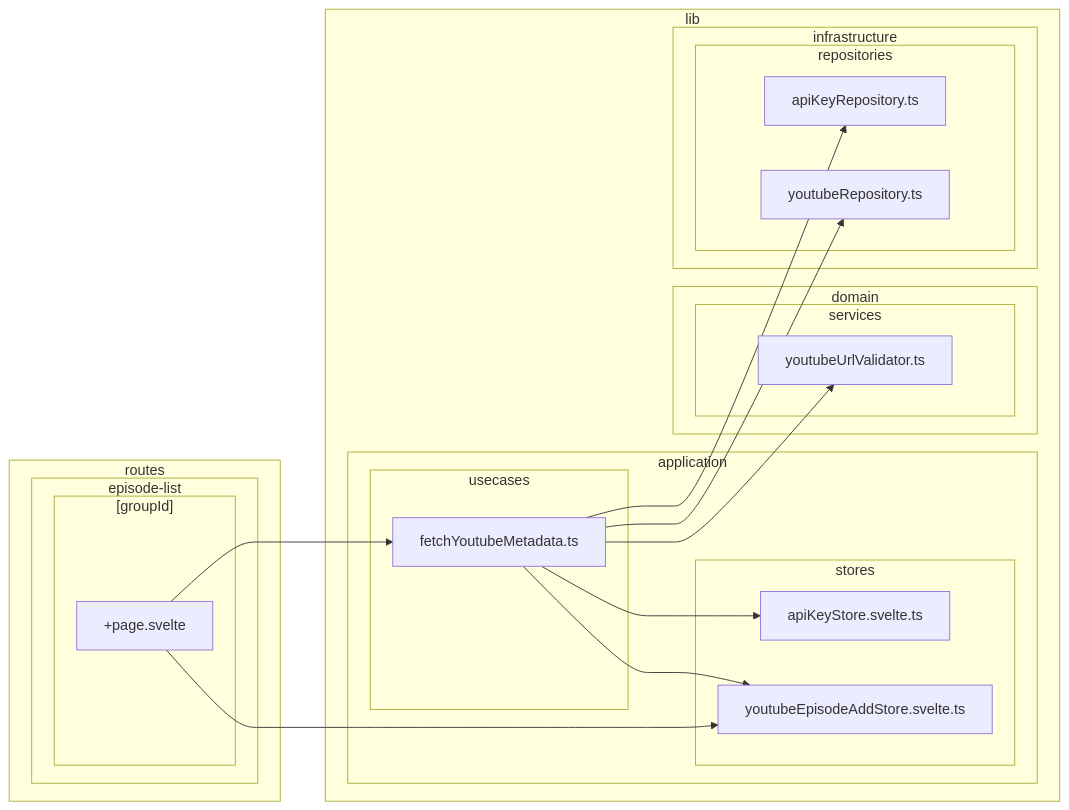
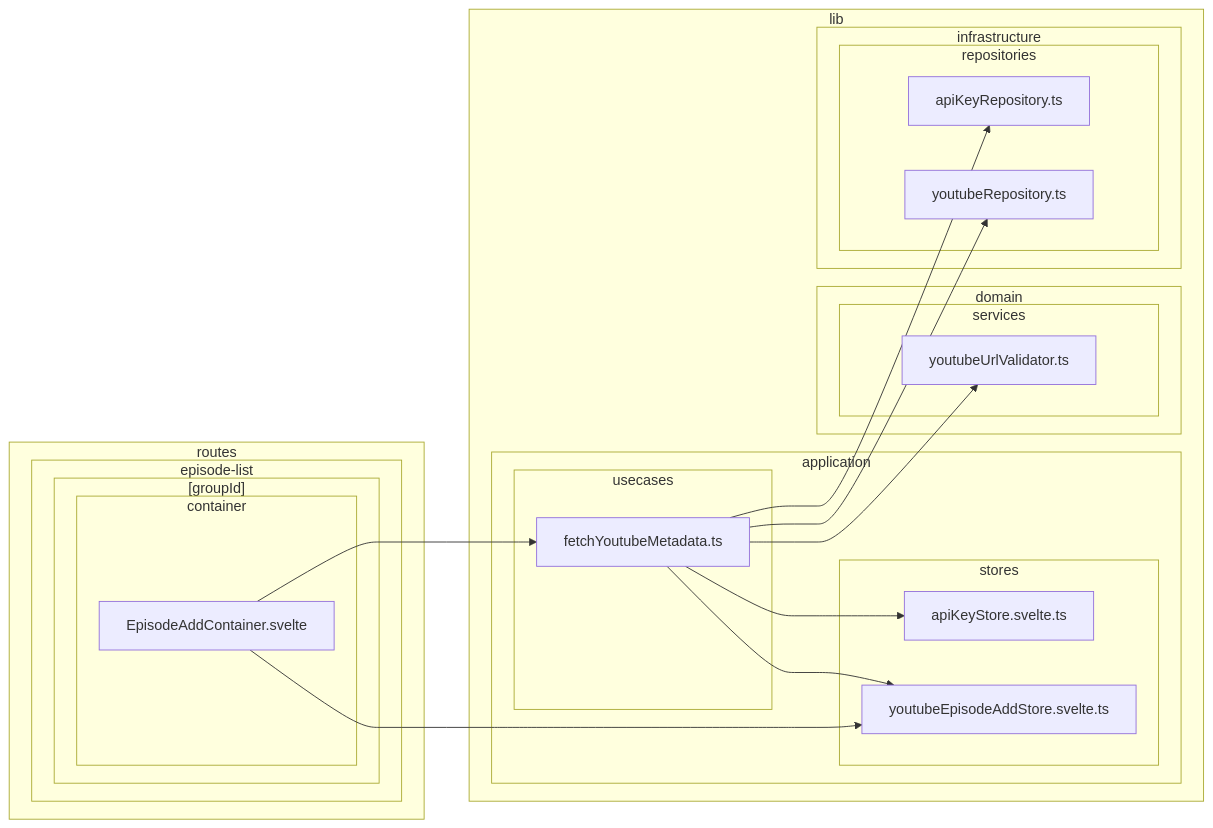
Before and after one commit to k5n/kotonoha: diagram 22 of 38 in doc/dependency-graph.md, drawn with Mermaid. The commit also changed other lines of this file, not shown here.

Commit message:
doc: Update dependency-graph

````diff
--- a/doc/dependency-graph.md
+++ b/doc/dependency-graph.md
@@ -1004,39 +1022,41 @@
 ```mermaid
 graph LR
         subgraph sg_lib ["lib"]
             subgraph sg_lib_application ["application"]
                 subgraph sg_lib_application_stores ["stores"]
                     src_lib_application_stores_apiKeyStore_svelte_ts["apiKeyStore.svelte.ts"]
                     src_lib_application_stores_youtubeEpisodeAddStore_svelte_ts["youtubeEpisodeAddStore.svelte.ts"]
                 end
                 subgraph sg_lib_application_usecases ["usecases"]
                     src_lib_application_usecases_fetchYoutubeMetadata_ts["fetchYoutubeMetadata.ts"]
                 end
             end
             subgraph sg_lib_domain ["domain"]
                 subgraph sg_lib_domain_services ["services"]
                     src_lib_domain_services_youtubeUrlValidator_ts["youtubeUrlValidator.ts"]
                 end
             end
             subgraph sg_lib_infrastructure ["infrastructure"]
                 subgraph sg_lib_infrastructure_repositories ["repositories"]
                     src_lib_infrastructure_repositories_apiKeyRepository_ts["apiKeyRepository.ts"]
                     src_lib_infrastructure_repositories_youtubeRepository_ts["youtubeRepository.ts"]
                 end
             end
         end
         subgraph sg_routes ["routes"]
             subgraph sg_routes_episode_list ["episode-list"]
                 subgraph sg_routes_episode_list__groupId_ ["[groupId]"]
-                    src_routes_episode_list__groupId___page_svelte["+page.svelte"]
+                    subgraph sg_routes_episode_list__groupId__container ["container"]
+                        src_routes_episode_list__groupId__container_EpisodeAddContainer_svelte["EpisodeAddContainer.svelte"]
+                    end
                 end
             end
         end
     src_lib_application_usecases_fetchYoutubeMetadata_ts --> src_lib_application_stores_apiKeyStore_svelte_ts
     src_lib_application_usecases_fetchYoutubeMetadata_ts --> src_lib_application_stores_youtubeEpisodeAddStore_svelte_ts
     src_lib_application_usecases_fetchYoutubeMetadata_ts --> src_lib_domain_services_youtubeUrlValidator_ts
     src_lib_application_usecases_fetchYoutubeMetadata_ts --> src_lib_infrastructure_repositories_apiKeyRepository_ts
     src_lib_application_usecases_fetchYoutubeMetadata_ts --> src_lib_infrastructure_repositories_youtubeRepository_ts
-    src_routes_episode_list__groupId___page_svelte --> src_lib_application_stores_youtubeEpisodeAddStore_svelte_ts
-    src_routes_episode_list__groupId___page_svelte --> src_lib_application_usecases_fetchYoutubeMetadata_ts
+    src_routes_episode_list__groupId__container_EpisodeAddContainer_svelte --> src_lib_application_stores_youtubeEpisodeAddStore_svelte_ts
+    src_routes_episode_list__groupId__container_EpisodeAddContainer_svelte --> src_lib_application_usecases_fetchYoutubeMetadata_ts
 ```
````
